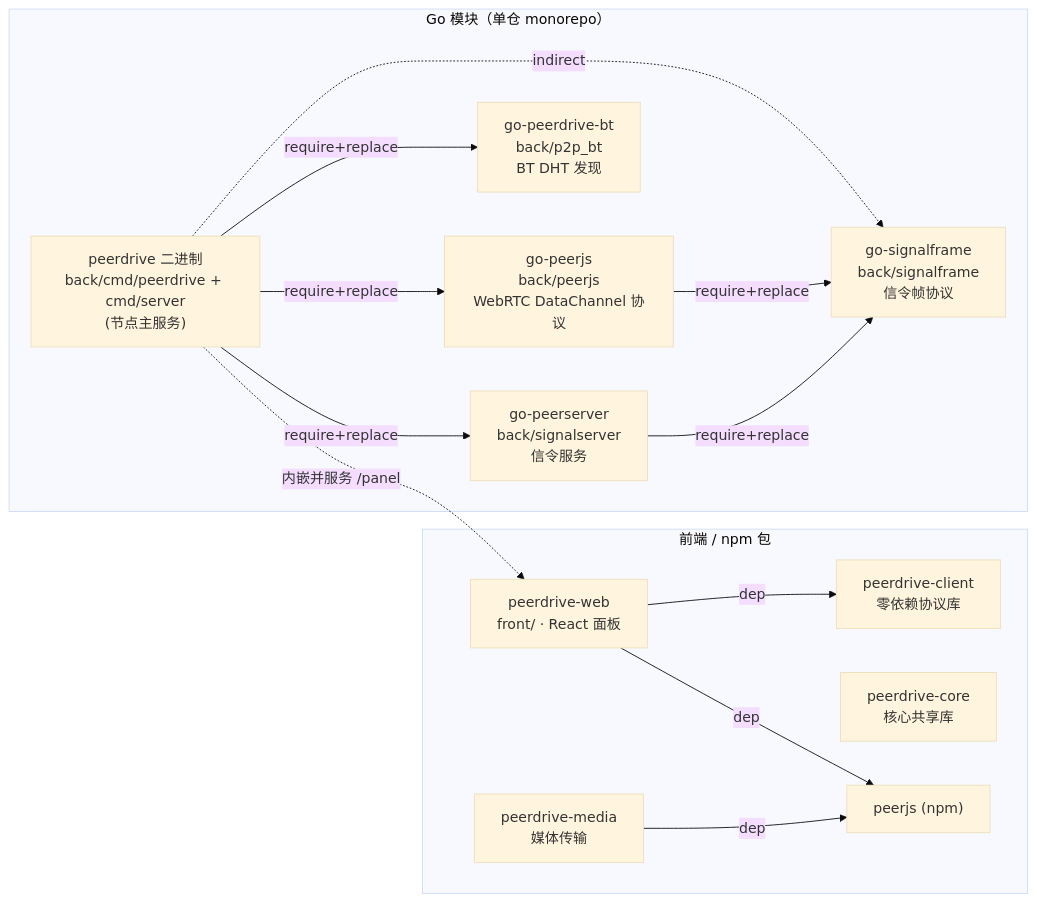
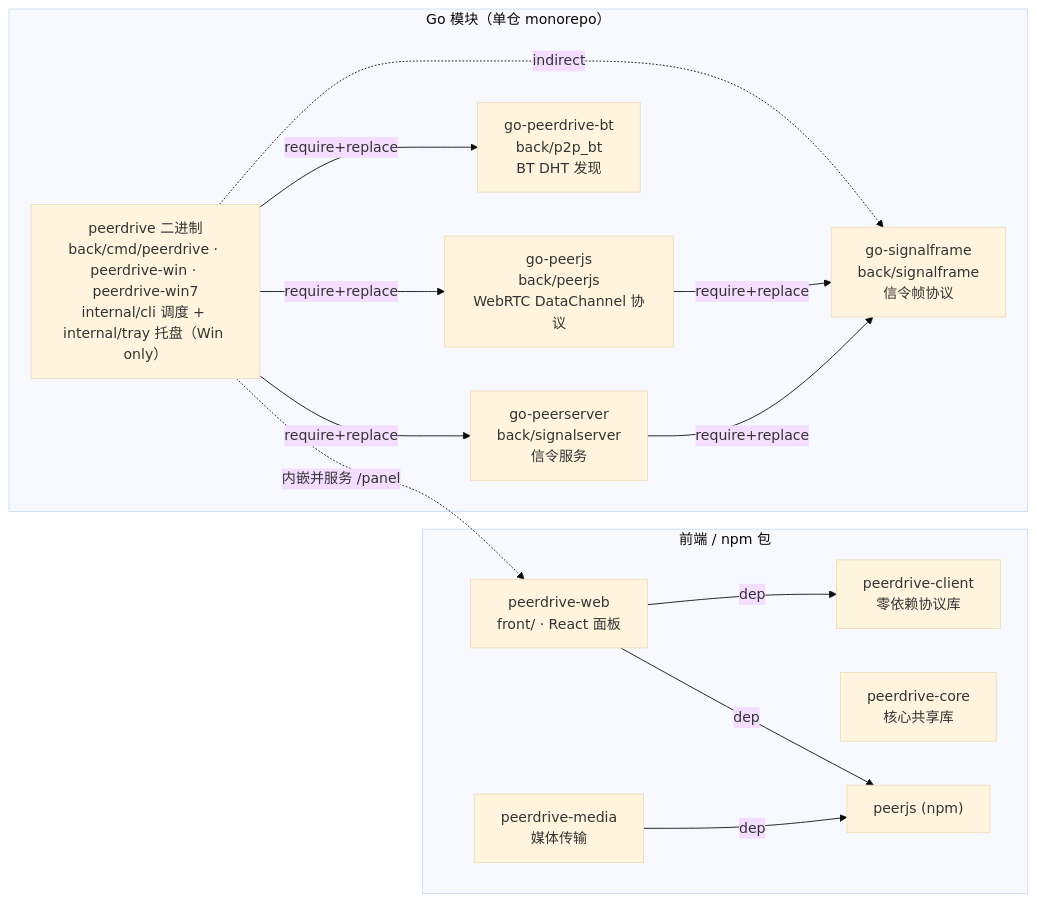
Before and after one commit to Hana-ame/peerdrive: the first of 2 diagrams in doc/MODULE-MAP.md, drawn with Mermaid (base theme). The commit also changed other lines of this file and 28 other files, not shown here.

First line of the commit message:
feat(back): 平台入口分化——win 托盘入口 / win7 最小入口 / 共享 cli 调度

````diff
--- a/doc/MODULE-MAP.md
+++ b/doc/MODULE-MAP.md
@@ -8,27 +8,27 @@
 ```mermaid
 graph LR
   subgraph GO["Go 模块（单仓 monorepo）"]
-    SERVER["peerdrive 二进制<br/>back/cmd/peerdrive + cmd/server<br/>(节点主服务)"]
+    SERVER["peerdrive 二进制<br/>back/cmd/peerdrive · peerdrive-win · peerdrive-win7<br/>internal/cli 调度 + internal/tray 托盘（Win only）"]
     PEERJS["go-peerjs<br/>back/peerjs<br/>WebRTC DataChannel 协议"]
     BT["go-peerdrive-bt<br/>back/p2p_bt<br/>BT DHT 发现"]
     SF["go-signalframe<br/>back/signalframe<br/>信令帧协议"]
     SIG["go-peerserver<br/>back/signalserver<br/>信令服务"]
     SERVER -->|"require+replace"| PEERJS
     SERVER -->|"require+replace"| BT
     SERVER -->|"require+replace"| SIG
     SERVER -.->|"indirect"| SF
     PEERJS -->|"require+replace"| SF
     SIG -->|"require+replace"| SF
   end
   subgraph NPM["前端 / npm 包"]
     FRONT["peerdrive-web<br/>front/ · React 面板"]
     CLIENT["peerdrive-client<br/>零依赖协议库"]
     CORE["peerdrive-core<br/>核心共享库"]
     MEDIA["peerdrive-media<br/>媒体传输"]
     PJJS["peerjs (npm)"]
     FRONT -->|dep| CLIENT
     FRONT -->|dep| PJJS
     MEDIA -->|dep| PJJS
   end
   SERVER -.->|"内嵌并服务 /panel"| FRONT
 ```
````
